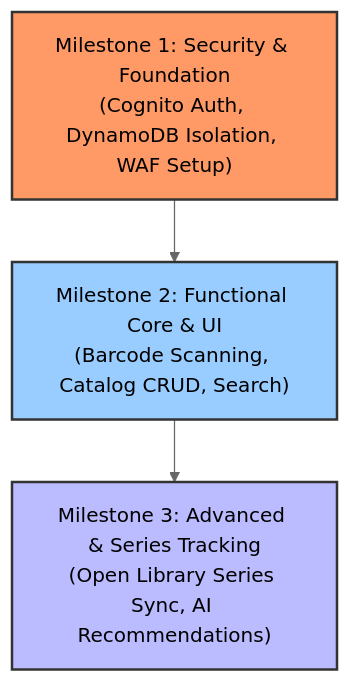
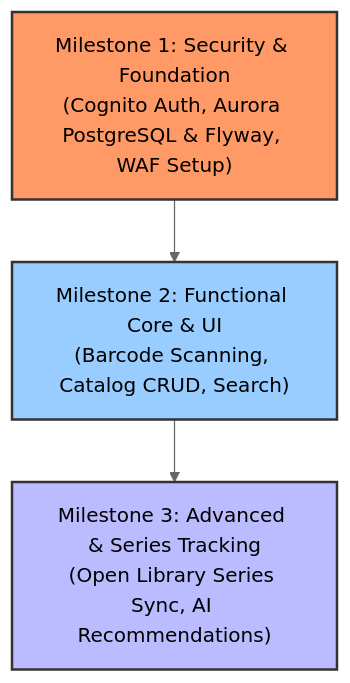
One commit to richarddowsett/librarian changed the diagram in docs-site/docs/product/roadmap.md. Above: the diagram before and after it, drawn with Mermaid (neutral theme). The commit also changed other lines of this file and 31 other files, not shown here.

Commit message:
feat: migrate database architecture to Amazon Aurora Serverless v2 PostgreSQL with Flyway SQL migrations and deduplicated books schema

````diff
--- a/docs-site/docs/product/roadmap.md
+++ b/docs-site/docs/product/roadmap.md
@@ -16,8 +16,8 @@
 ```mermaid
 graph TD
-    M1["Milestone 1: Security & Foundation<br>(Cognito Auth, DynamoDB Isolation, WAF Setup)"] --> M2["Milestone 2: Functional Core & UI<br>(Barcode Scanning, Catalog CRUD, Search)"]
+    M1["Milestone 1: Security & Foundation<br>(Cognito Auth, Aurora PostgreSQL & Flyway, WAF Setup)"] --> M2["Milestone 2: Functional Core & UI<br>(Barcode Scanning, Catalog CRUD, Search)"]
     M2 --> M3["Milestone 3: Advanced & Series Tracking<br>(Open Library Series Sync, AI Recommendations)"]
     style M1 fill:#f96,stroke:#333,stroke-width:2px
     style M2 fill:#9cf,stroke:#333,stroke-width:2px
     style M3 fill:#bbf,stroke:#333,stroke-width:2px
 ```
````
